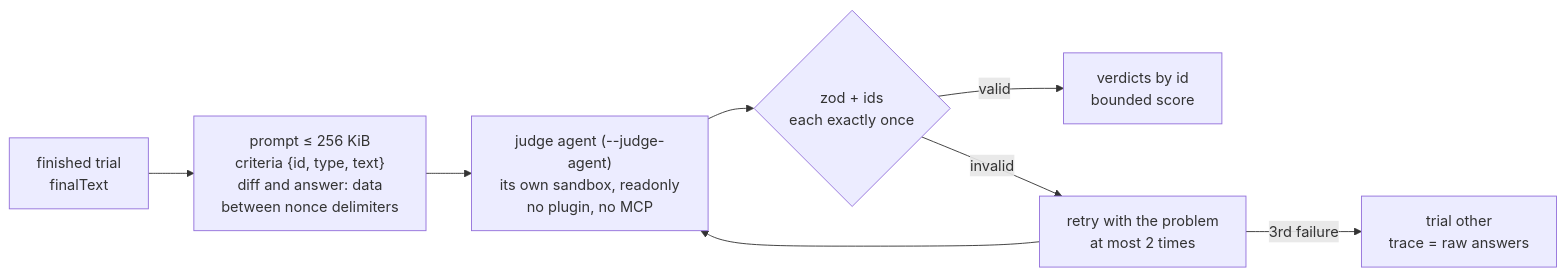
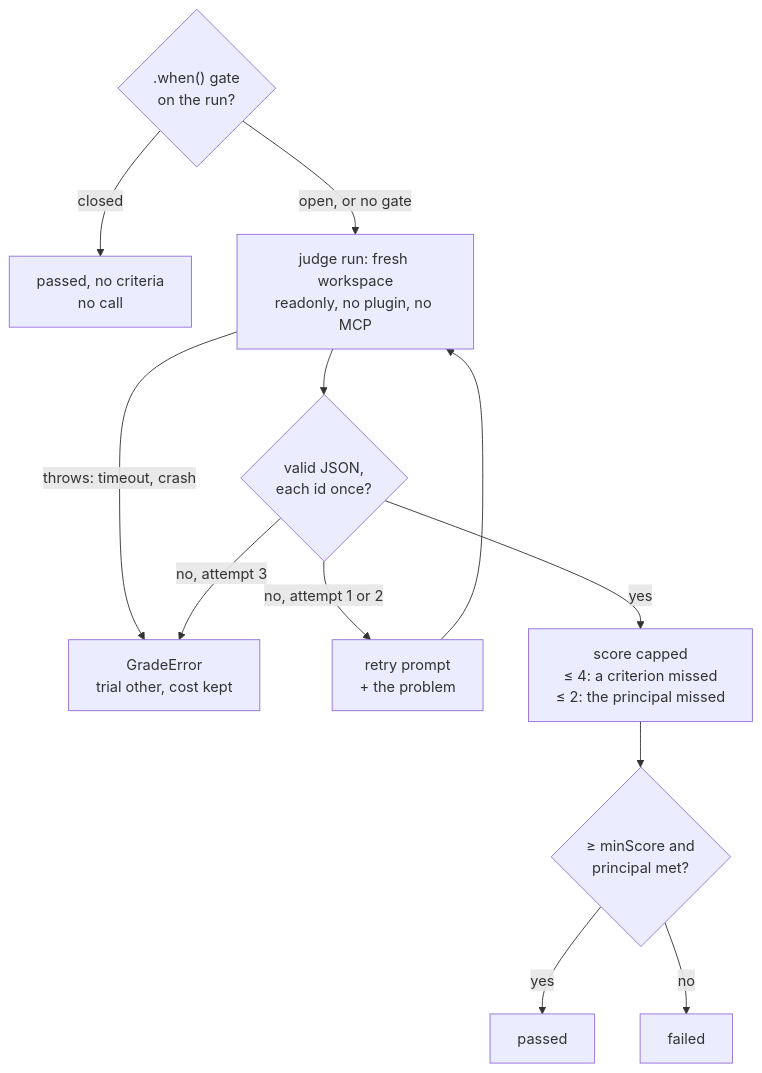
One commit to Luce-Florian/proctor changed the diagram in docs/writing-evals/judge.md. Above: the diagram before and after it, drawn with Mermaid. The commit also changed other lines of this file and 23 other files, not shown here.

First line of the commit message:
docs: show the lifecycle, the judge, the sandbox and the reports as diagrams

````diff
--- a/docs/writing-evals/judge.md
+++ b/docs/writing-evals/judge.md
@@ -23,10 +23,13 @@
 ```mermaid
-flowchart LR
-    T["finished trial<br/>finalText"] --> P["prompt ≤ 256 KiB<br/>criteria {id, type, text}<br/>diff and answer: data<br/>between nonce delimiters"]
-    P --> J["judge agent (--judge-agent)<br/>its own sandbox, readonly<br/>no plugin, no MCP"]
-    J --> Z{"zod + ids<br/>each exactly once"}
-    Z -->|valid| G["verdicts by id<br/>bounded score"]
-    Z -->|invalid| R["retry with the problem<br/>at most 2 times"]
-    R --> J
-    R -->|3rd failure| O["trial other<br/>trace = raw answers"]
+flowchart TD
+    W{".when() gate<br/>on the run?"} -->|closed| NA["passed, no criteria<br/>no call"]
+    W -->|"open, or no gate"| J["judge run: fresh workspace<br/>readonly, no plugin, no MCP"]
+    J -->|"throws: timeout, crash"| O["GradeError<br/>trial other, cost kept"]
+    J --> V{"valid JSON,<br/>each id once?"}
+    V -->|"no, attempt 1 or 2"| R["retry prompt<br/>+ the problem"] --> J
+    V -->|"no, attempt 3"| O
+    V -->|yes| S["score capped<br/>≤ 4: a criterion missed<br/>≤ 2: the principal missed"]
+    S --> G{"≥ minScore and<br/>principal met?"}
+    G -->|yes| PA[passed]
+    G -->|no| FA[failed]
 ```
````
